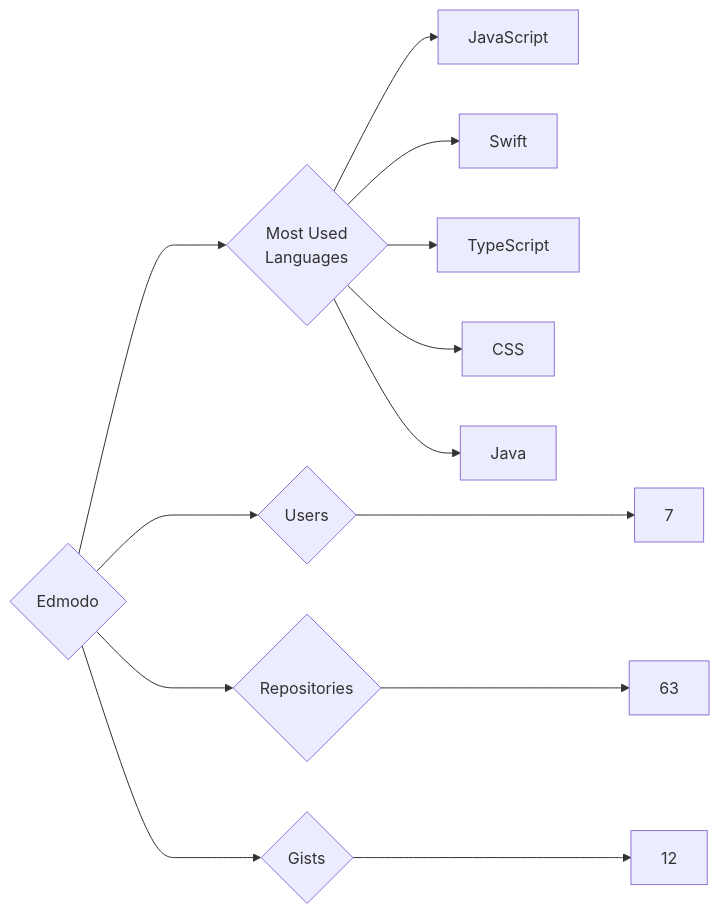
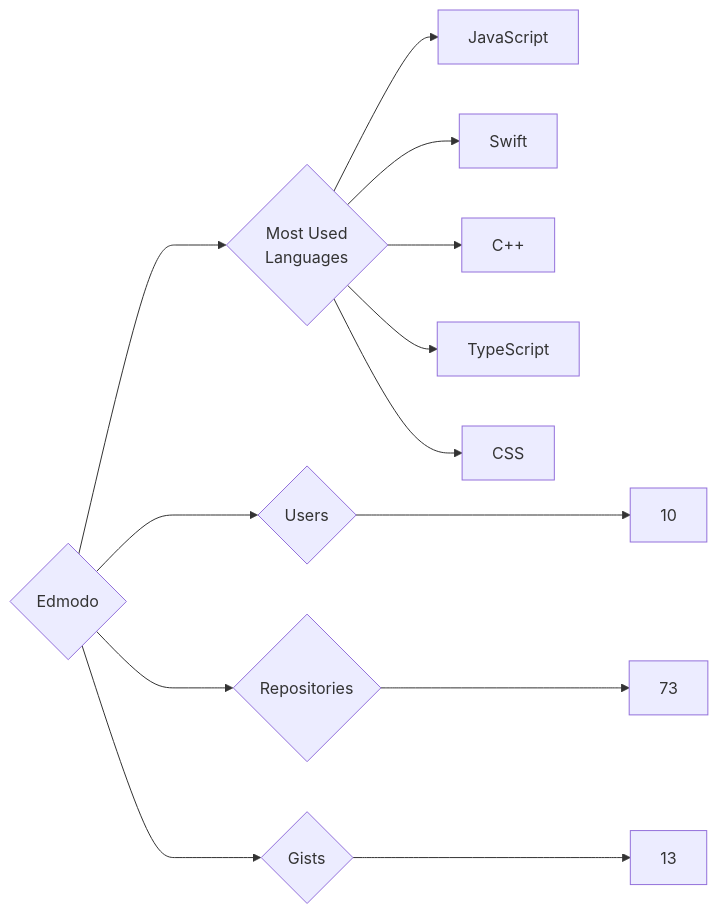
The diagram in targets/Edmodo/README.md (trickest/insiders), drawn with Mermaid before and after one commit. The commit also changed 942 other files, not shown here.

````diff
--- a/targets/Edmodo/README.md
+++ b/targets/Edmodo/README.md
@@ -3,13 +3,13 @@
 ```mermaid
 graph LR
 COMPANY_NAME{Edmodo}
-COMPANY_NAME ---> U{Users} ---> UN[7]
-COMPANY_NAME ---> R{Repositories} ---> RN[63]
-COMPANY_NAME ---> G{Gists} ---> GN[12]
+COMPANY_NAME ---> U{Users} ---> UN[10]
+COMPANY_NAME ---> R{Repositories} ---> RN[73]
+COMPANY_NAME ---> G{Gists} ---> GN[13]
 COMPANY_NAME ---> ML{Most Used<br>Languages}
 ML --> JavaScript[JavaScript]
 ML --> Swift[Swift]
+ML --> C++[C++]
 ML --> TypeScript[TypeScript]
 ML --> CSS[CSS]
-ML --> Java[Java]
 ```
````
